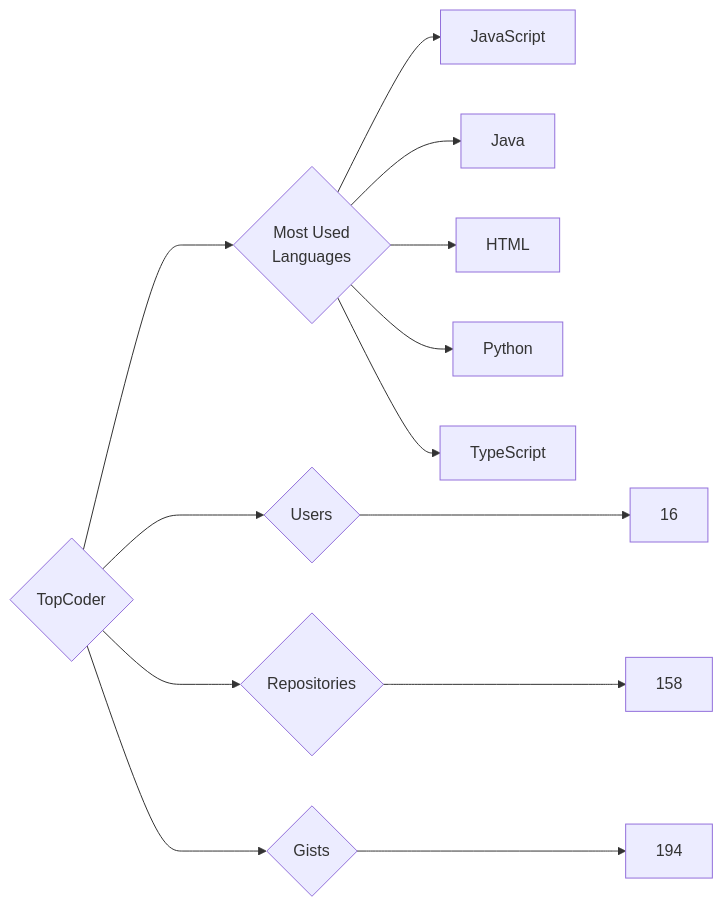
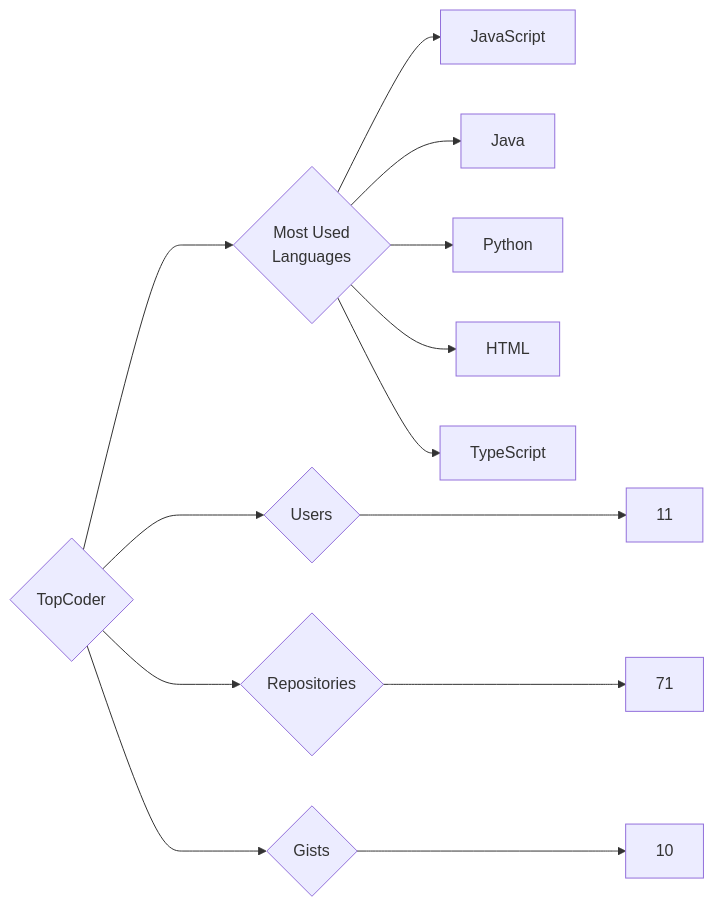
Before and after one commit to trickest/insiders: the diagram in targets/TopCoder/README.md, drawn with Mermaid. The commit also changed 940 other files, not shown here.

````diff
--- a/targets/TopCoder/README.md
+++ b/targets/TopCoder/README.md
@@ -3,13 +3,13 @@
 ```mermaid
 graph LR
 COMPANY_NAME{TopCoder}
-COMPANY_NAME ---> U{Users} ---> UN[16]
-COMPANY_NAME ---> R{Repositories} ---> RN[158]
-COMPANY_NAME ---> G{Gists} ---> GN[194]
+COMPANY_NAME ---> U{Users} ---> UN[11]
+COMPANY_NAME ---> R{Repositories} ---> RN[71]
+COMPANY_NAME ---> G{Gists} ---> GN[10]
 COMPANY_NAME ---> ML{Most Used<br>Languages}
 ML --> JavaScript[JavaScript]
 ML --> Java[Java]
+ML --> Python[Python]
 ML --> HTML[HTML]
-ML --> Python[Python]
 ML --> TypeScript[TypeScript]
 ```
````
